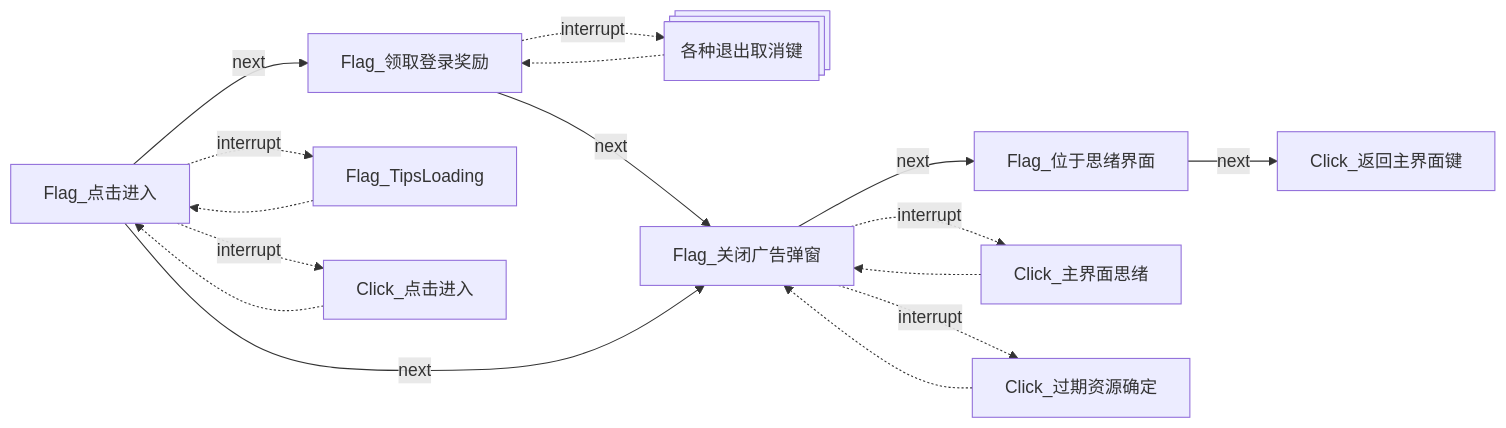
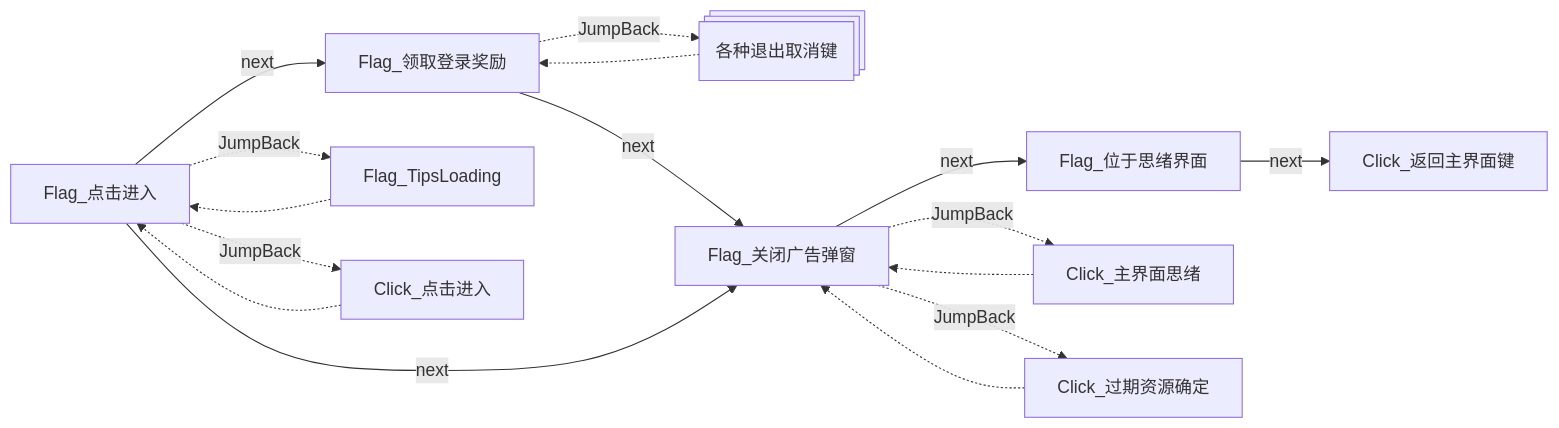
The second of 40 diagrams in docs/zh_cn/develop/Pipeline说明.md (Coxwtwo/MaaTOT), drawn with Mermaid before and after one commit. The commit also changed other lines of this file, not shown here.

Commit message:
docs: 完善 Pipeline 说明，新增未名市移动、未名市周任务文档，interrupt→JumpBack(MaaFramework v5.1 起已废弃 interrupt 字段）

````diff
--- a/docs/zh_cn/develop/Pipeline说明.md
+++ b/docs/zh_cn/develop/Pipeline说明.md
@@ -73,19 +73,19 @@
 ```mermaid
 flowchart LR
     n6["Flag_点击进入"] -->|next| n10["Flag_领取登录奖励"]
-    n10 -.->|interrupt| n14@{ shape: processes, label: "各种退出取消键"}
+    n10 -.->|JumpBack| n14@{ shape: processes, label: "各种退出取消键"}
     n14 -.-> n10
     n10["Flag_领取登录奖励"] -->|next| n11
     n6 -->|next| n11["Flag_关闭广告弹窗"]
     n11["Flag_关闭广告弹窗"] -->|next| n15["Flag_位于思绪界面"]
-    n11 -.->|interrupt| n16["Click_主界面思绪"]
+    n11 -.->|JumpBack| n16["Click_主界面思绪"]
     n16 -.-> n11
-    n11 -.->|interrupt| n17["Click_过期资源确定"]
+    n11 -.->|JumpBack| n17["Click_过期资源确定"]
     n17 -.-> n11
     n15 -->|next| n18["Click_返回主界面键"]
-    n6 -.->|interrupt| n12["Flag_TipsLoading"]
+    n6 -.->|JumpBack| n12["Flag_TipsLoading"]
     n12 -.-> n6
-    n6 -.->|interrupt| n13["Click_点击进入"]
+    n6 -.->|JumpBack| n13["Click_点击进入"]
     n13 -.-> n6
 
 ```
````
